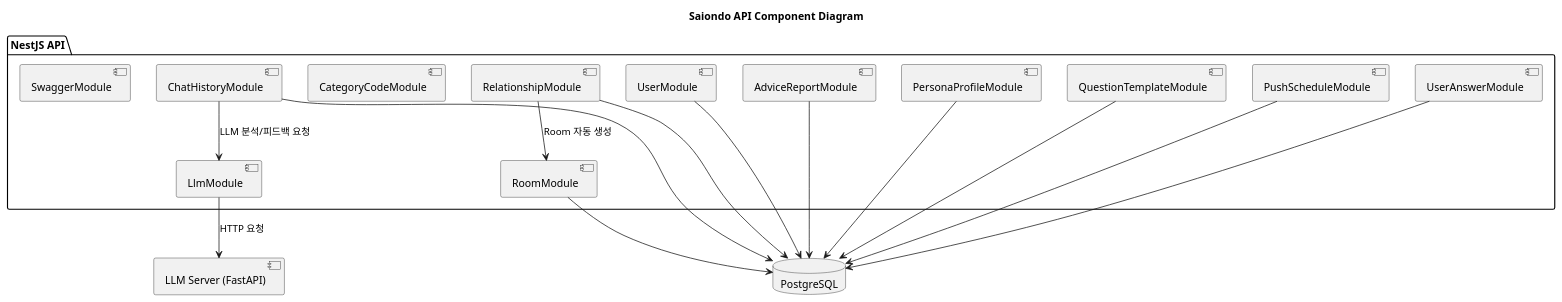
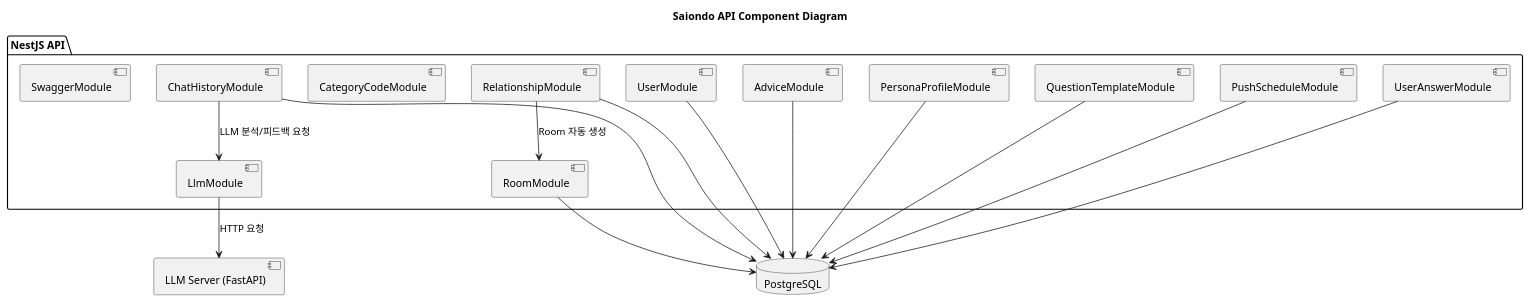
Before and after one commit to aw-birdgang/saiondo: the diagram in backend/api/puml/component-api.puml, drawn with PlantUML. The commit also changed 13 other files, not shown here.

```diff
--- a/backend/api/puml/component-api.puml
+++ b/backend/api/puml/component-api.puml
@@ -1,35 +1,35 @@
 @startuml
 title Saiondo API Component Diagram
 
 package "NestJS API" {
   [UserModule]
   [RelationshipModule]
   [RoomModule]
   [ChatHistoryModule]
-  [AdviceReportModule]
+  [AdviceModule]
   [PersonaProfileModule]
   [QuestionTemplateModule]
   [PushScheduleModule]
   [LlmModule]
   [CategoryCodeModule]
   [UserAnswerModule]
   [SwaggerModule]
 }
 
 database "PostgreSQL" as DB
 
 [UserModule] --> DB
 [RelationshipModule] --> DB
 [RoomModule] --> DB
 [ChatHistoryModule] --> DB
-[AdviceReportModule] --> DB
+[AdviceModule] --> DB
 [PersonaProfileModule] --> DB
 [QuestionTemplateModule] --> DB
 [PushScheduleModule] --> DB
 [UserAnswerModule] --> DB
 
 [RelationshipModule] --> [RoomModule] : Room 자동 생성
 [ChatHistoryModule] --> [LlmModule] : LLM 분석/피드백 요청
 [LlmModule] --> [LLM Server (FastAPI)] : HTTP 요청
 
 @enduml
```
